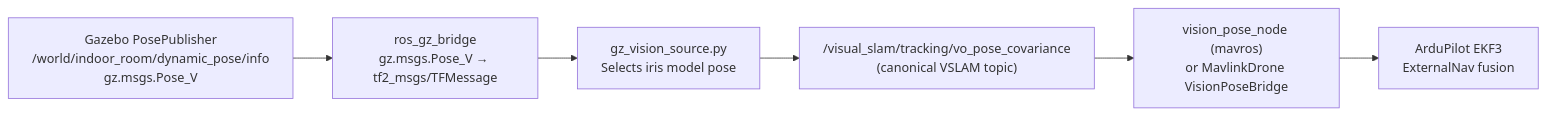
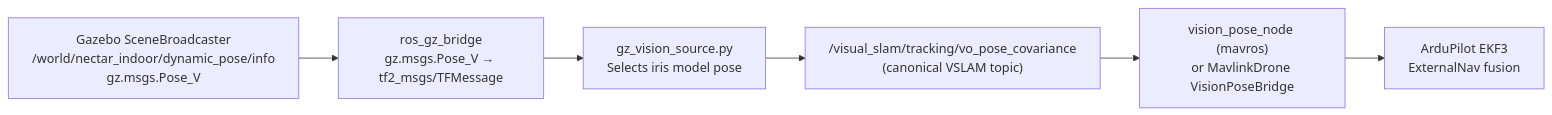
Before and after one commit to Black-Bee-Drones/nectar-sdk: the second of 2 diagrams in nectar/simulation/README.md, drawn with Mermaid. The commit also changed other lines of this file and 6 other files, not shown here.

Commit message:
feat: SITL Gazebo launch with custom world composition and new indoor scenery models; update documentation for mission arena setup

````diff
--- a/nectar/simulation/README.md
+++ b/nectar/simulation/README.md
@@ -353,11 +381,11 @@
 ```mermaid
 flowchart LR
-    GzPose["Gazebo PosePublisher<br/>/world/indoor_room/dynamic_pose/info<br/>gz.msgs.Pose_V"]
+    GzPose["Gazebo SceneBroadcaster<br/>/world/nectar_indoor/dynamic_pose/info<br/>gz.msgs.Pose_V"]
     Bridge["ros_gz_bridge<br/>gz.msgs.Pose_V → tf2_msgs/TFMessage"]
     VPB["gz_vision_source.py<br/>Selects iris model pose"]
     Topic["/visual_slam/tracking/vo_pose_covariance<br/>(canonical VSLAM topic)"]
     VPN["vision_pose_node (mavros)<br/>or MavlinkDrone VisionPoseBridge"]
     FCU["ArduPilot EKF3<br/>ExternalNav fusion"]
 
     GzPose --> Bridge --> VPB --> Topic --> VPN --> FCU
 ```
````
